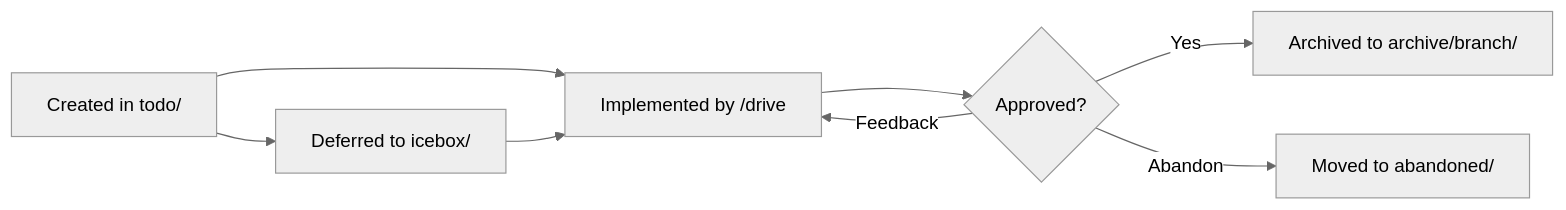
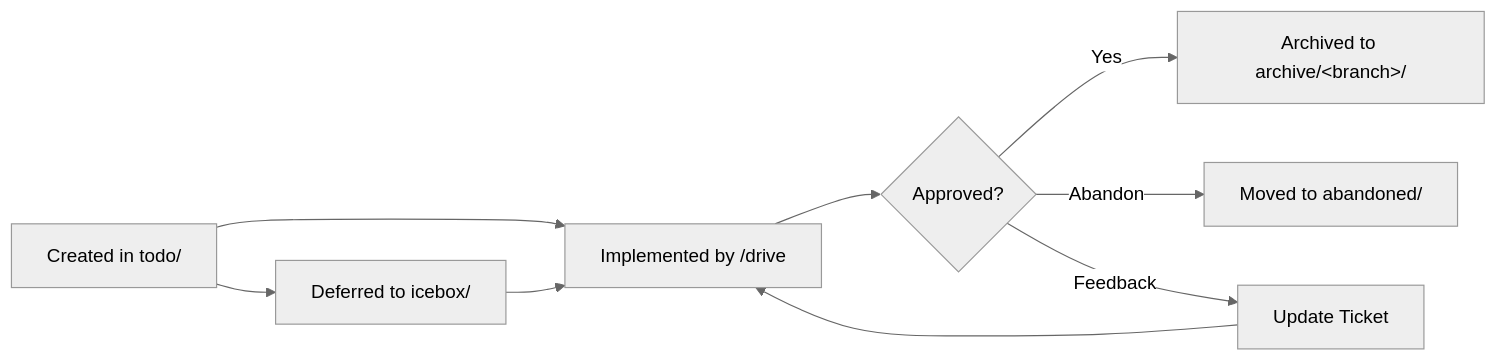
The third of 6 diagrams in .workaholic/specs/data.md (qmu/workaholic), drawn with Mermaid (neutral theme) before and after one commit. The commit also changed other lines of this file and 42 other files, not shown here.

````diff
--- a/.workaholic/specs/data.md
+++ b/.workaholic/specs/data.md
@@ -120,10 +366,11 @@
 ```mermaid
 flowchart LR
-    Create[Created in todo/] --> Implement[Implemented by /drive]
-    Implement --> Approve{Approved?}
-    Approve -->|Yes| Archive[Archived to archive/branch/]
-    Approve -->|Abandon| Abandoned[Moved to abandoned/]
-    Approve -->|Feedback| Implement
-    Create --> Icebox[Deferred to icebox/]
-    Icebox --> Implement
+    Create["Created in todo/"] --> Drive["Implemented by /drive"]
+    Drive --> Approve{Approved?}
+    Approve -->|Yes| Archive["Archived to archive/&lt;branch&gt;/"]
+    Approve -->|Abandon| Abandoned["Moved to abandoned/"]
+    Approve -->|Feedback| Update["Update Ticket"]
+    Update --> Drive
+    Create --> Icebox["Deferred to icebox/"]
+    Icebox --> Drive
 ```
````
